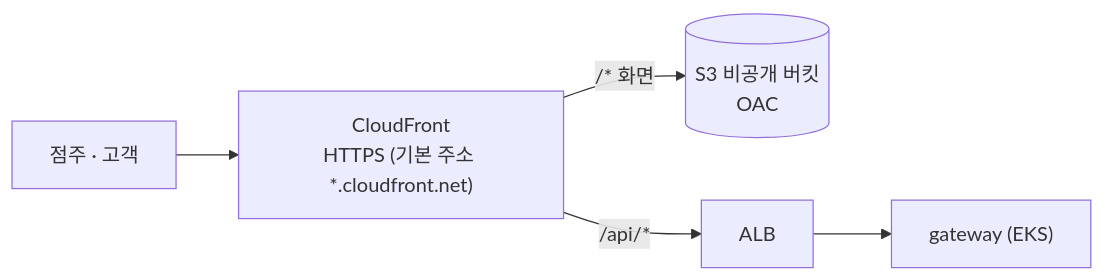
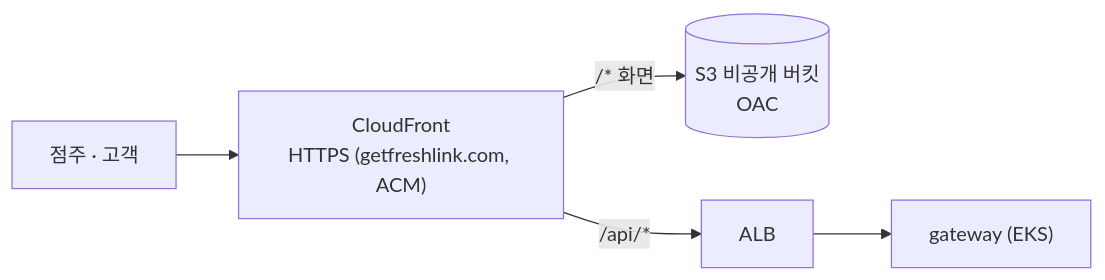
Before and after one commit to sesac-freshlink/frontend: the diagram in README.md, drawn with Mermaid. The commit also changed other lines of this file, not shown here.

Commit message:
docs(I-11): README에 새 주소 getfreshlink.com
Claude-Session: https://claude.ai/code/session_01BALwRC7vmnNPKJVh4ZuiRQ

````diff
--- a/README.md
+++ b/README.md
@@ -46,6 +46,6 @@
 ```mermaid
 flowchart LR
-    U["점주 · 고객"] --> CF["CloudFront<br/>HTTPS (기본 주소 *.cloudfront.net)"]
+    U["점주 · 고객"] --> CF["CloudFront<br/>HTTPS (getfreshlink.com, ACM)"]
     CF -- "/* 화면" --> S3[("S3 비공개 버킷<br/>OAC")]
     CF -- "/api/*" --> ALB["ALB"] --> GW["gateway (EKS)"]
 ```
````
